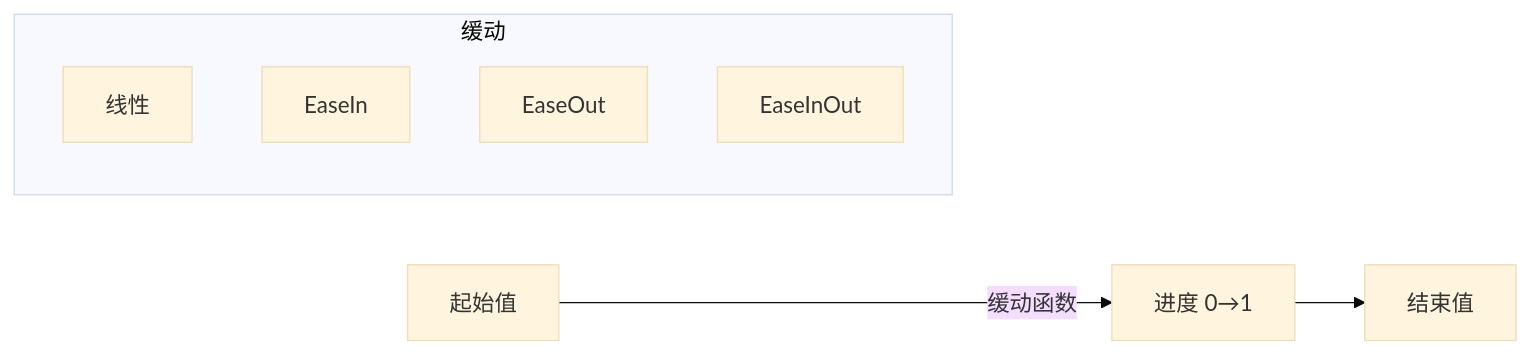
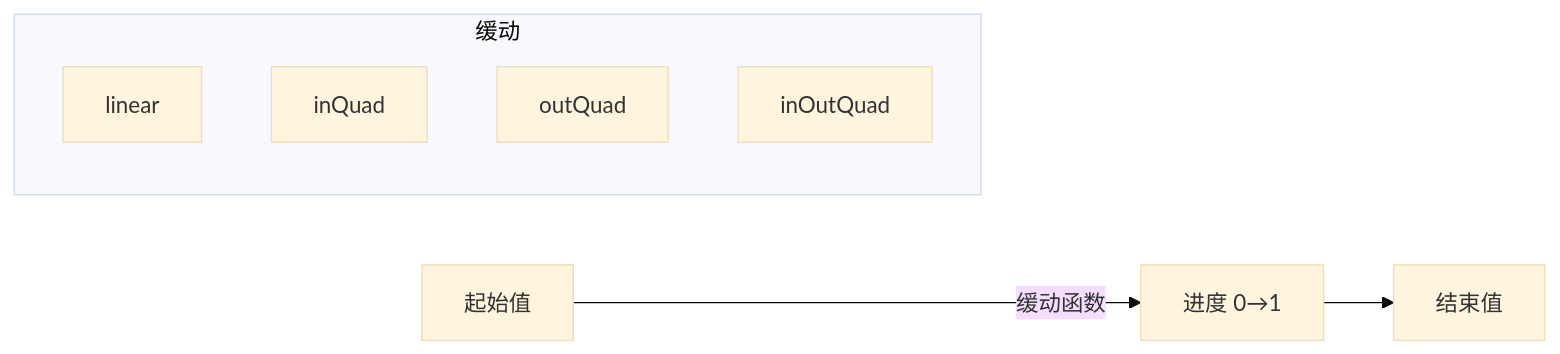
The diagram in specs/cn/tween.md (Next2D/player), drawn with Mermaid (base theme) before and after one commit. The commit also changed other lines of this file and 17 other files, not shown here.

````diff
--- a/specs/cn/tween.md
+++ b/specs/cn/tween.md
@@ -7,12 +7,12 @@
 ```mermaid
 flowchart LR
     Start["起始值"] -->|缓动函数| Progress["进度 0→1"]
     Progress --> End["结束值"]
 
     subgraph Easing["缓动"]
-        Linear["线性"]
-        EaseIn["EaseIn"]
-        EaseOut["EaseOut"]
-        EaseInOut["EaseInOut"]
+        Linear["linear"]
+        InQuad["inQuad"]
+        OutQuad["outQuad"]
+        InOutQuad["inOutQuad"]
     end
 ```
````
